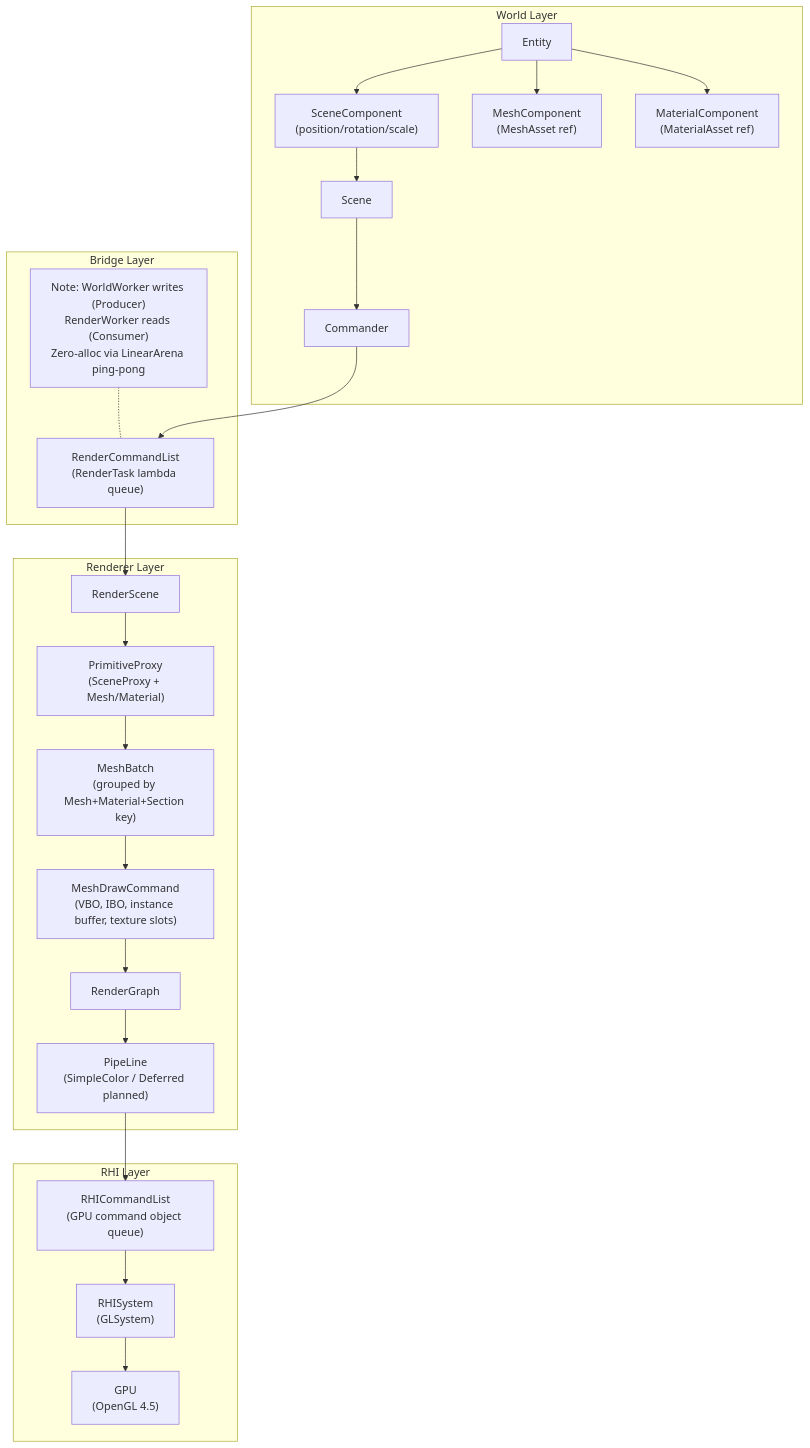
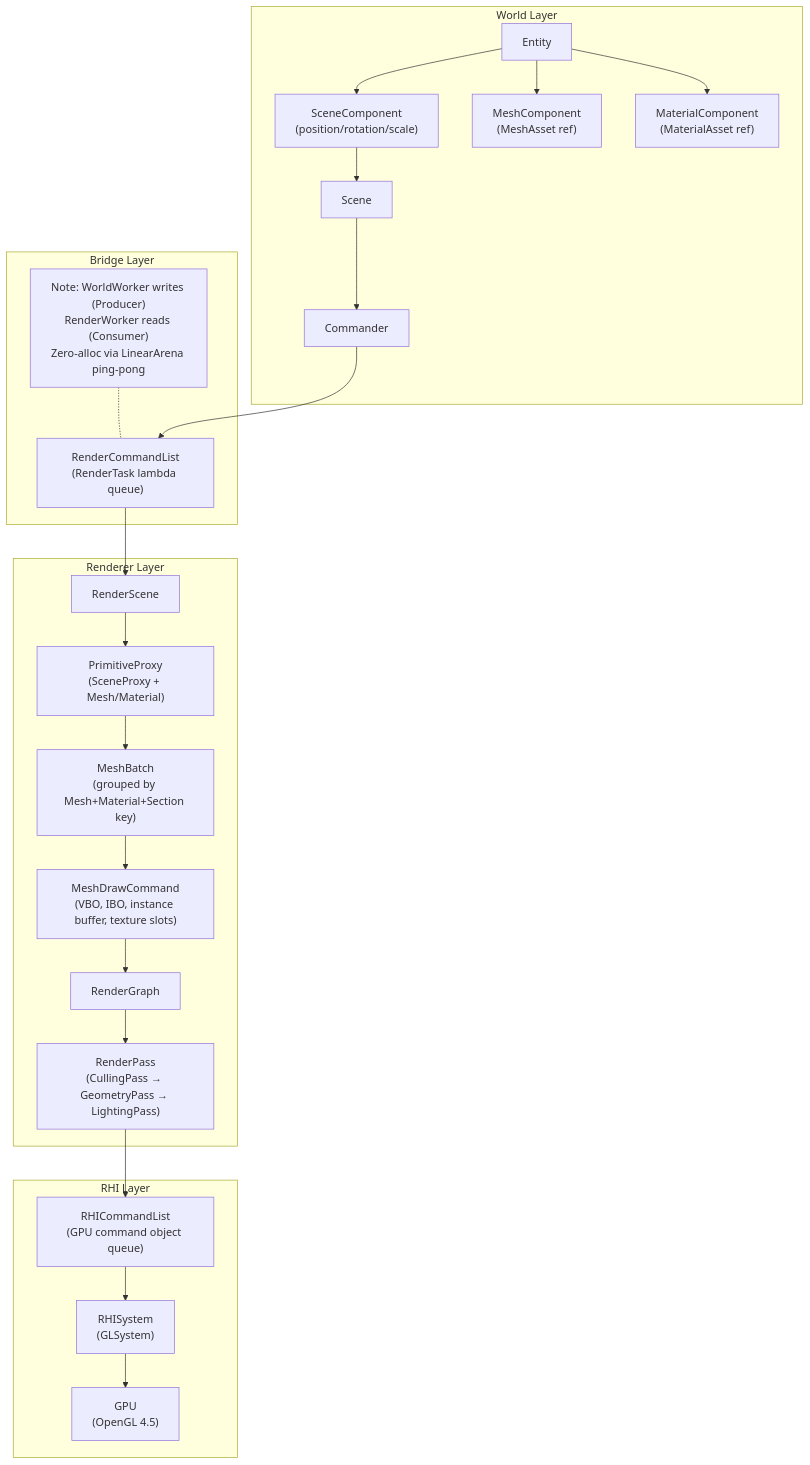
Diagram 16 of 16 in README.md (Winteradio/Game-Engine), drawn with Mermaid before and after one commit. The commit also changed other lines of this file, not shown here.

````diff
--- a/README.md
+++ b/README.md
@@ -1176,50 +1229,50 @@
 ```mermaid
 flowchart TD
     subgraph WorldLayer["World Layer"]
         Entity[Entity]
         SceneComponent["SceneComponent<br>(position/rotation/scale)"]
         MeshComponent["MeshComponent<br>(MeshAsset ref)"]
         MaterialComponent["MaterialComponent<br>(MaterialAsset ref)"]
         Scene[Scene]
         Commander[Commander]
 
         Entity --> SceneComponent
         Entity --> MeshComponent
         Entity --> MaterialComponent
         SceneComponent --> Scene
         Scene --> Commander
     end
 
     subgraph BridgeLayer["Bridge Layer"]
         RenderCommandList["RenderCommandList<br>(RenderTask lambda queue)"]
         BridgeNote["Note: WorldWorker writes (Producer)<br>RenderWorker reads (Consumer)<br>Zero-alloc via LinearArena ping-pong"] -.- RenderCommandList
     end
 
     subgraph RendererLayer["Renderer Layer"]
         RenderScene[RenderScene]
         PrimitiveProxy["PrimitiveProxy<br>(SceneProxy + Mesh/Material)"]
         MeshBatch["MeshBatch<br>(grouped by Mesh+Material+Section key)"]
         MeshDrawCommand["MeshDrawCommand<br>(VBO, IBO, instance buffer, texture slots)"]
         RenderGraph[RenderGraph]
-        PipeLine["PipeLine<br>(SimpleColor / Deferred planned)"]
+        RenderPass["RenderPass<br>(CullingPass → GeometryPass → LightingPass)"]
 
         RenderScene --> PrimitiveProxy
         PrimitiveProxy --> MeshBatch
         MeshBatch --> MeshDrawCommand
         MeshDrawCommand --> RenderGraph
-        RenderGraph --> PipeLine
+        RenderGraph --> RenderPass
     end
 
     subgraph RHILayer["RHI Layer"]
         RHICommandList["RHICommandList<br>(GPU command object queue)"]
         RHISystem["RHISystem<br>(GLSystem)"]
         GPU["GPU<br>(OpenGL 4.5)"]
 
-        PipeLine --> RHICommandList
+        RenderPass --> RHICommandList
         RHICommandList --> RHISystem
         RHISystem --> GPU
     end
 
     Commander --> RenderCommandList
     RenderCommandList --> RenderScene
 ```
````
